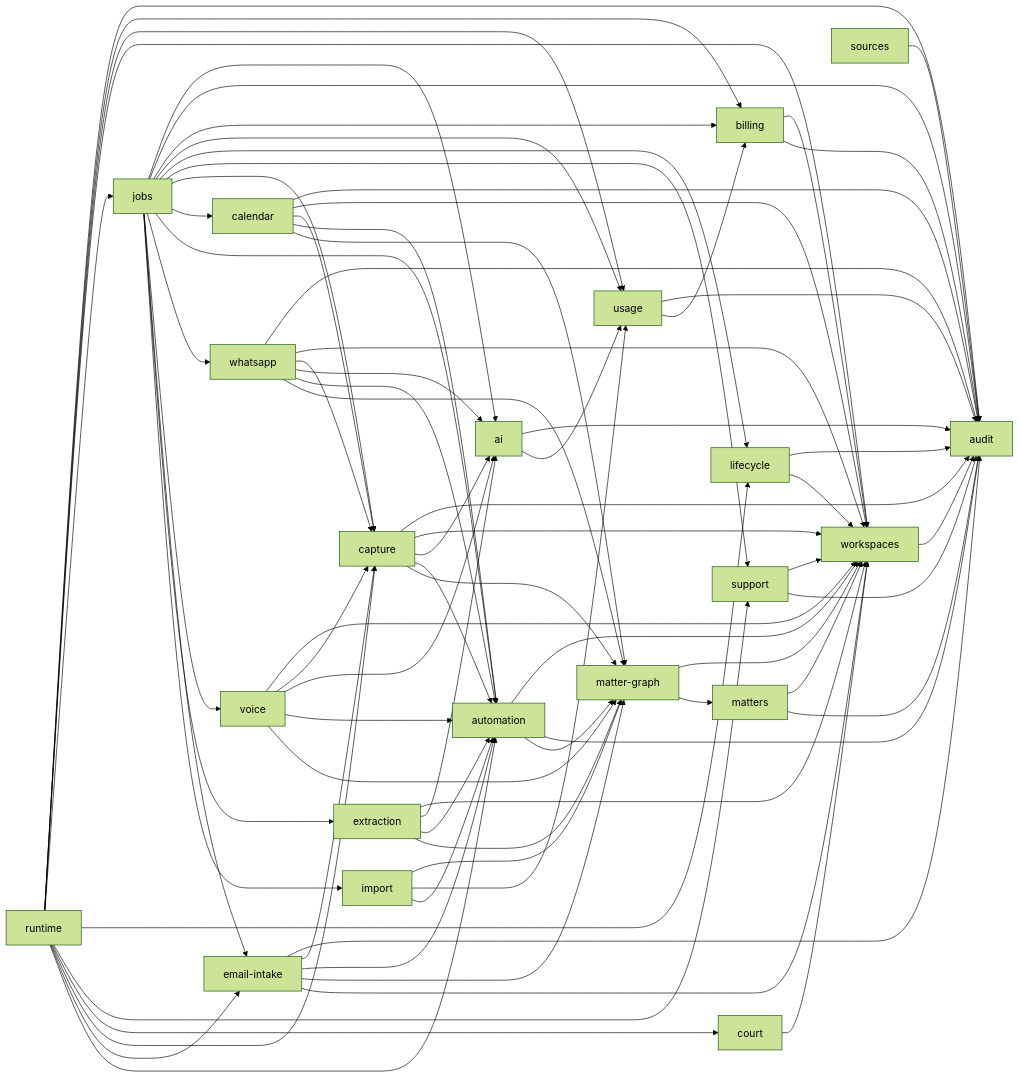
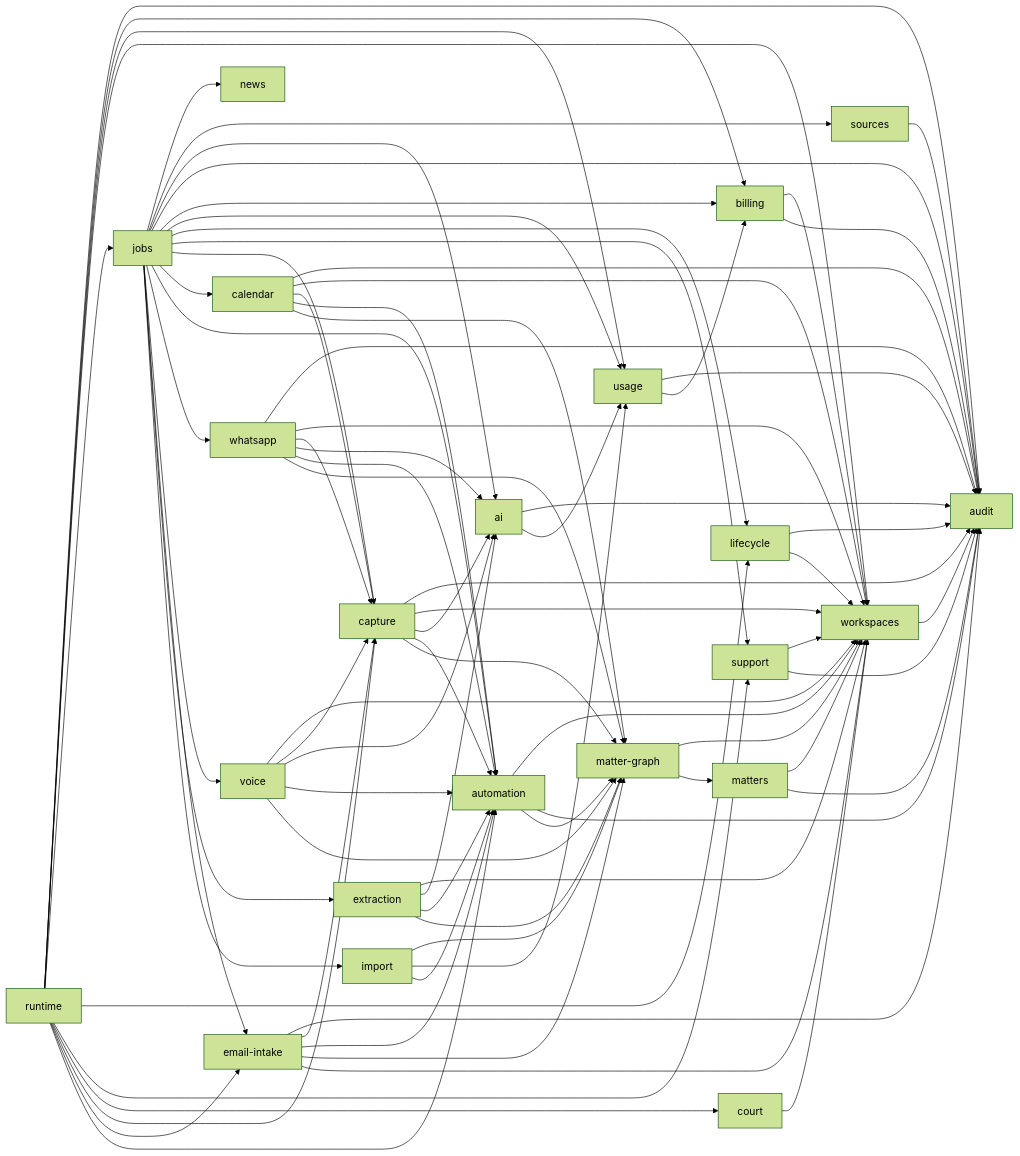
The diagram in docs/engineering/core-domains.md (RapierCraftStudios/causedeck), drawn with Mermaid (forest theme) before and after one commit. The commit also changed other lines of this file and 5 other files, not shown here.

```diff
--- a/docs/engineering/core-domains.md
+++ b/docs/engineering/core-domains.md
@@ -88,6 +89,8 @@
   lifecycle --> audit
   lifecycle --> workspaces
   sources --> audit
+  jobs --> news
+  jobs --> sources
   support --> workspaces
   support --> audit
   capture --> audit
```
